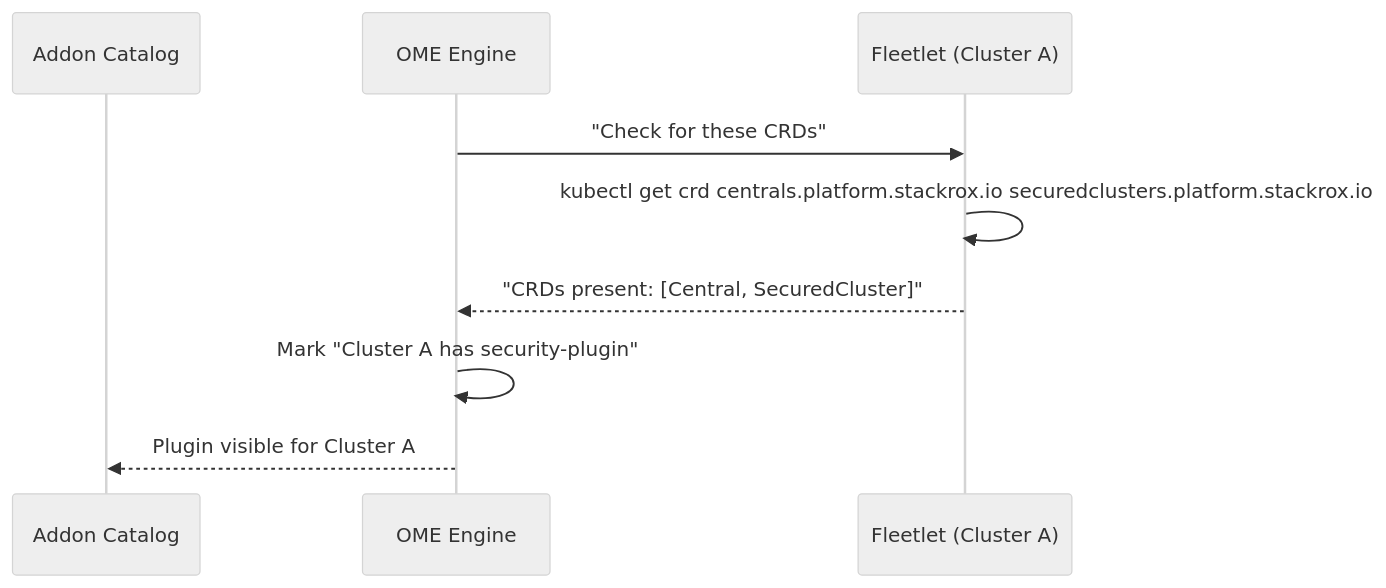
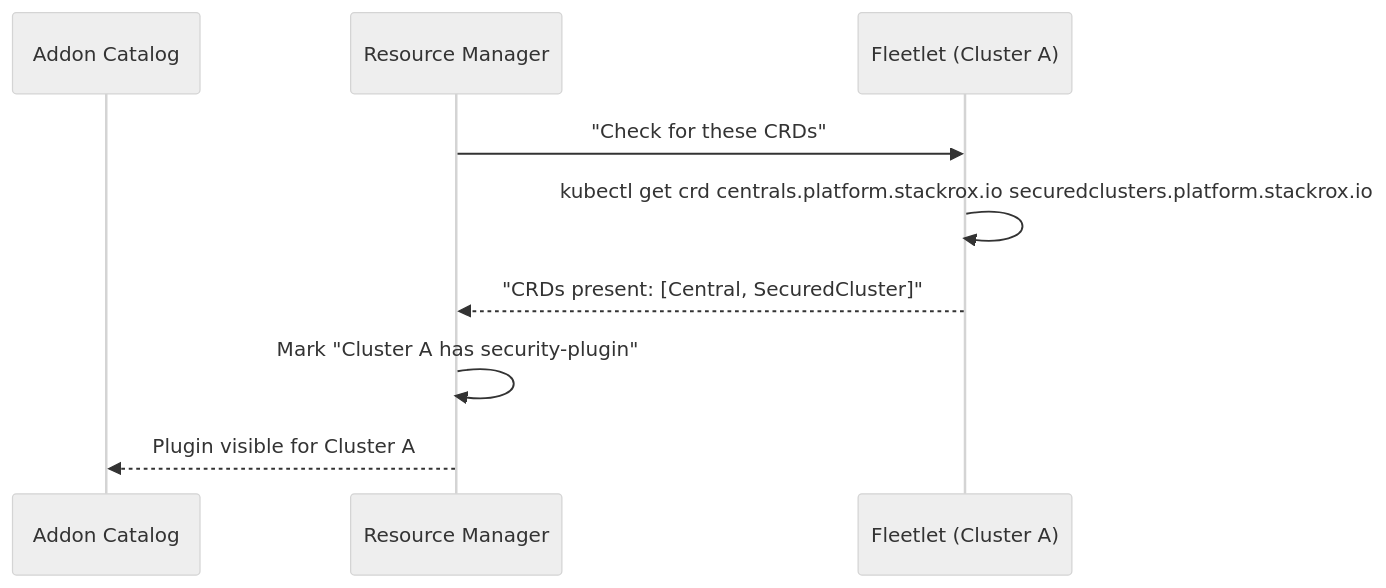
Before and after one commit to fleetshift/fleetshift-poc: the tenth of 11 diagrams in docs/design/addon-ui-architecture.md, drawn with Mermaid (neutral theme). The commit also changed other lines of this file and 1079 other files, not shown here.

Commit message:
Rename experimental OCM resource manager source and runtime identities

````diff
--- a/docs/design/addon-ui-architecture.md
+++ b/docs/design/addon-ui-architecture.md
@@ -745,12 +745,12 @@
 ```mermaid
 sequenceDiagram
     participant Catalog as Addon Catalog
-    participant OME as OME Engine
+    participant RM as Resource Manager
     participant Fleetlet as Fleetlet (Cluster A)
 
-    OME->>Fleetlet: "Check for these CRDs"
+    RM->>Fleetlet: "Check for these CRDs"
     Fleetlet->>Fleetlet: kubectl get crd centrals.platform.stackrox.io securedclusters.platform.stackrox.io
-    Fleetlet-->>OME: "CRDs present: [Central, SecuredCluster]"
-    OME->>OME: Mark "Cluster A has security-plugin"
-    OME-->>Catalog: Plugin visible for Cluster A
+    Fleetlet-->>RM: "CRDs present: [Central, SecuredCluster]"
+    RM->>RM: Mark "Cluster A has security-plugin"
+    RM-->>Catalog: Plugin visible for Cluster A
 ```
````
